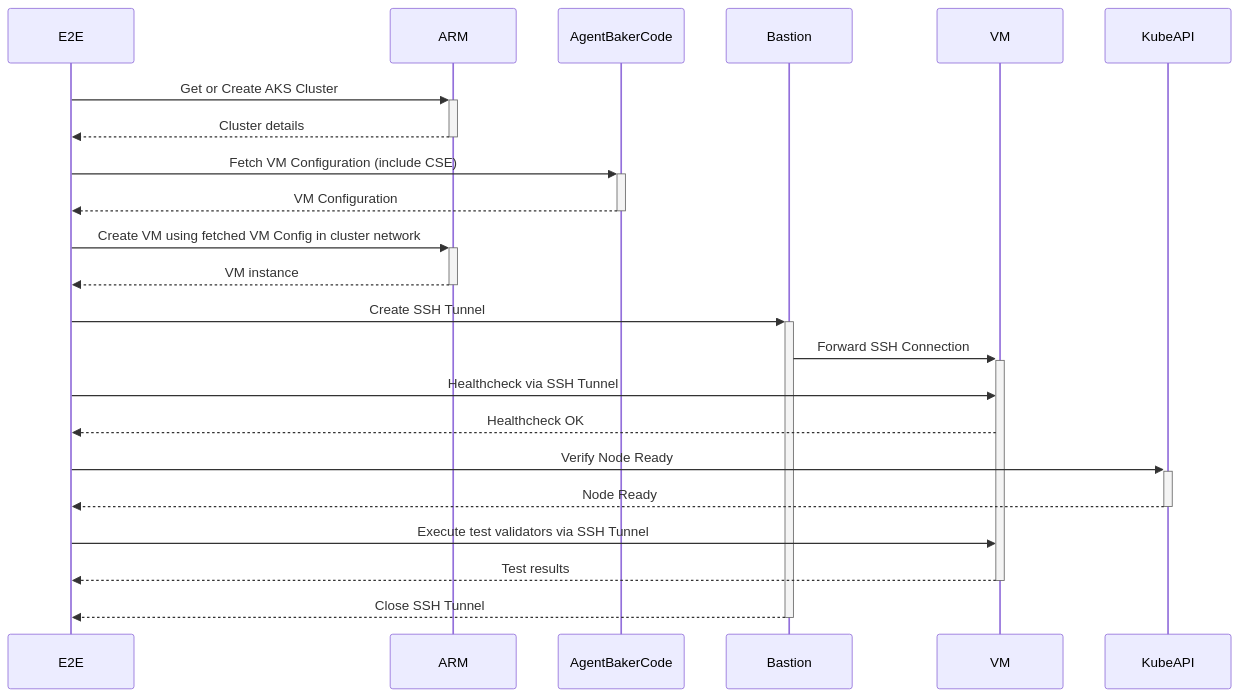
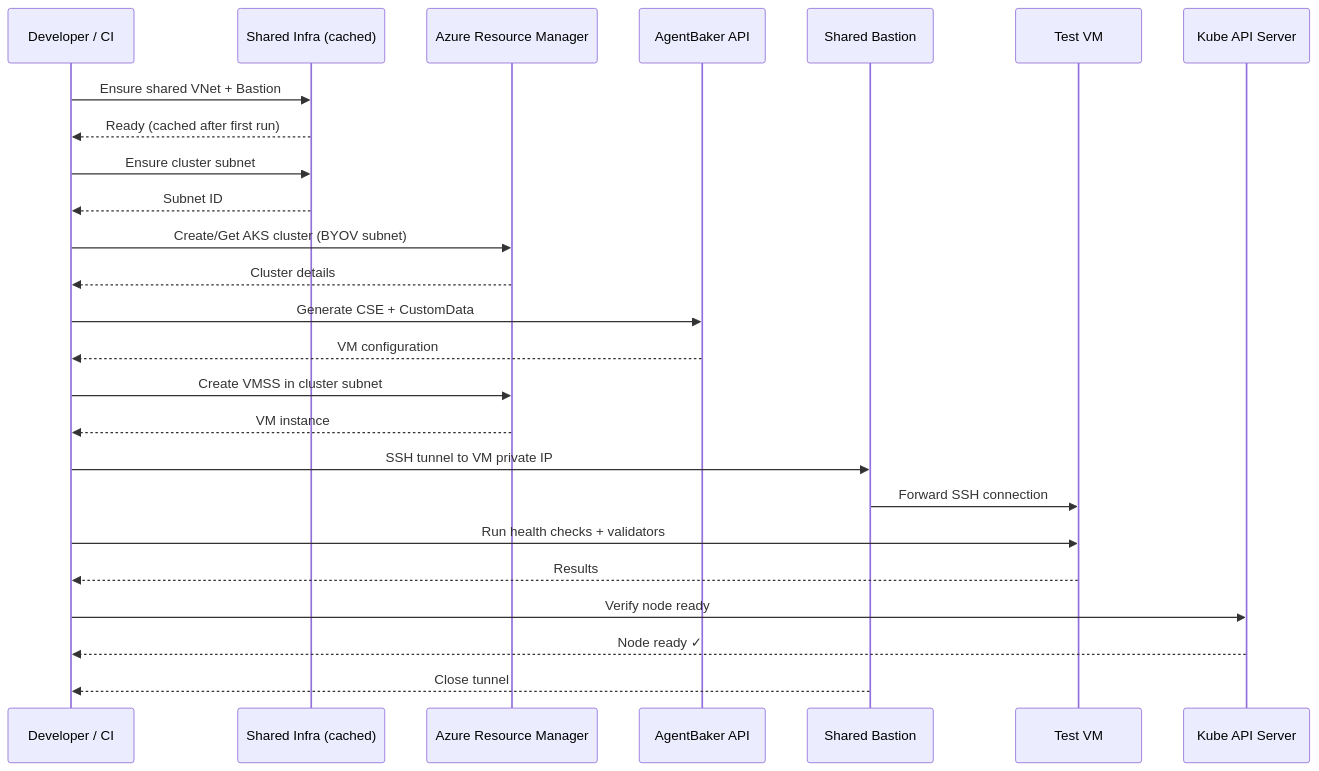
Before and after one commit to Azure/AgentBaker: the second of 2 diagrams in e2e/README.md, drawn with Mermaid. The commit also changed other lines of this file and 9 other files, not shown here.

Commit message:
fix: use one big vnet and attach AKS clusters to it to avoid creating bastion multiple times

````diff
--- a/e2e/README.md
+++ b/e2e/README.md
@@ -38,18 +151,36 @@
 ```mermaid
 sequenceDiagram
-    E2E->>+ARM: Get or Create AKS Cluster
-    ARM-->>-E2E: Cluster details
-    E2E->>+AgentBakerCode: Fetch VM Configuration (include CSE)
-    AgentBakerCode-->>-E2E: VM Configuration
-    E2E->>+ARM: Create VM using fetched VM Config in cluster network
-    ARM-->>-E2E: VM instance
-    E2E->>+Bastion: Create SSH Tunnel
-    Bastion->>+VM: Forward SSH Connection
-    E2E->>VM: Healthcheck via SSH Tunnel
-    VM-->>E2E: Healthcheck OK
-    E2E->>+KubeAPI: Verify Node Ready
-    KubeAPI-->>-E2E: Node Ready
-    E2E->>VM: Execute test validators via SSH Tunnel
-    VM-->>-E2E: Test results
-    Bastion-->>-E2E: Close SSH Tunnel
+    participant CI as Developer / CI
+    participant Infra as Shared Infra (cached)
+    participant ARM as Azure Resource Manager
+    participant AB as AgentBaker API
+    participant Bastion as Shared Bastion
+    participant VM as Test VM
+    participant K8s as Kube API Server
+
+    CI->>Infra: Ensure shared VNet + Bastion
+    Infra-->>CI: Ready (cached after first run)
+
+    CI->>Infra: Ensure cluster subnet
+    Infra-->>CI: Subnet ID
+
+    CI->>ARM: Create/Get AKS cluster (BYOV subnet)
+    ARM-->>CI: Cluster details
+
+    CI->>AB: Generate CSE + CustomData
+    AB-->>CI: VM configuration
+
+    CI->>ARM: Create VMSS in cluster subnet
+    ARM-->>CI: VM instance
+
+    CI->>Bastion: SSH tunnel to VM private IP
+    Bastion->>VM: Forward SSH connection
+
+    CI->>VM: Run health checks + validators
+    VM-->>CI: Results
+
+    CI->>K8s: Verify node ready
+    K8s-->>CI: Node ready ✓
+
+    Bastion-->>CI: Close tunnel
 ```
````
